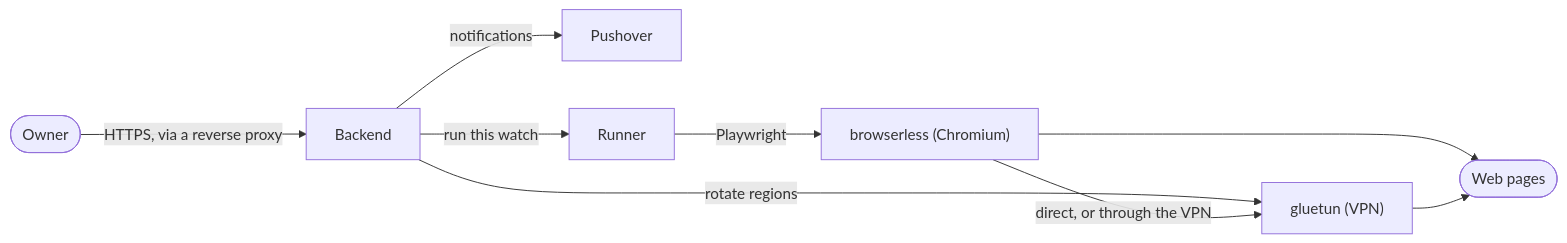
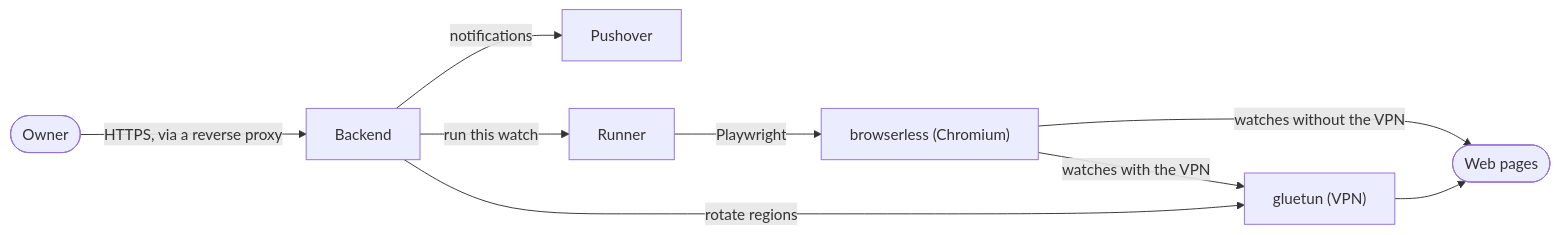
One commit to chasepie/lookout changed the diagram in README.md. Above: the diagram before and after it, drawn with Mermaid. The commit also changed other lines of this file and 8 other files, not shown here.

````diff
--- a/README.md
+++ b/README.md
@@ -17,11 +17,11 @@
 ```mermaid
 flowchart LR
     Owner([Owner]) -->|HTTPS, via a reverse proxy| Backend
     Backend -->|notifications| Pushover
     Backend -->|run this watch| Runner
     Backend -->|rotate regions| gluetun
     Runner -->|Playwright| browserless["browserless (Chromium)"]
-    browserless -->|direct, or through the VPN| gluetun["gluetun (VPN)"]
-    browserless --> Web([Web pages])
+    browserless -->|watches without the VPN| Web([Web pages])
+    browserless -->|watches with the VPN| gluetun["gluetun (VPN)"]
     gluetun --> Web
 ```
````
